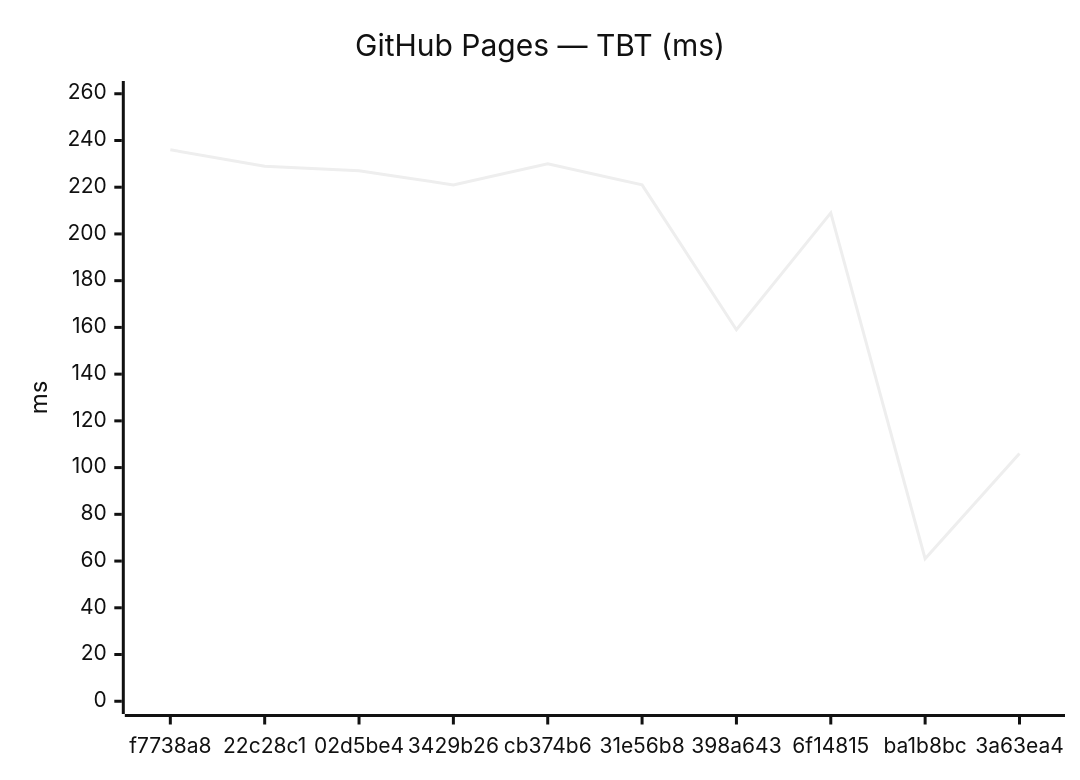
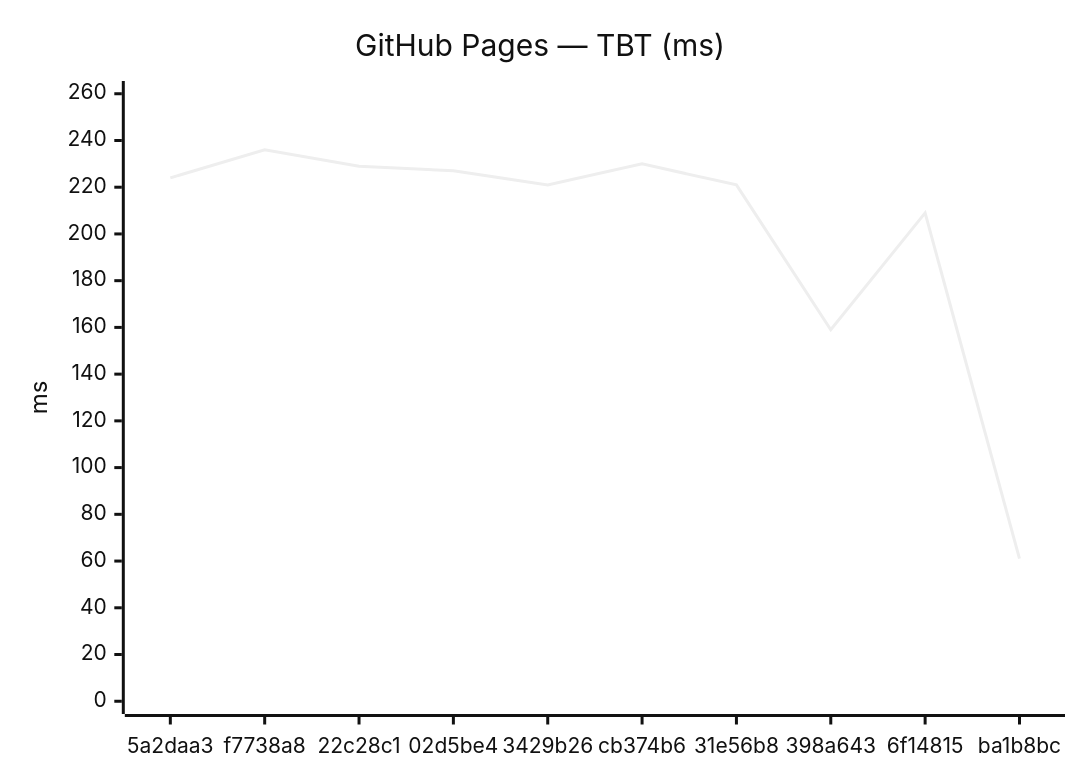
The fourth of 18 diagrams in benchmarks/compare.md (Metaheurist/Rianell), drawn with Mermaid (neutral theme) before and after one commit. The commit also changed other lines of this file and 11 other files, not shown here.

````diff
--- a/benchmarks/compare.md
+++ b/benchmarks/compare.md
@@ -61,7 +61,7 @@
 ```mermaid
 xychart-beta
     title "GitHub Pages — TBT (ms)"
-    x-axis ["f7738a8", "22c28c1", "02d5be4", "3429b26", "cb374b6", "31e56b8", "398a643", "6f14815", "ba1b8bc", "3a63ea4"]
+    x-axis ["5a2daa3", "f7738a8", "22c28c1", "02d5be4", "3429b26", "cb374b6", "31e56b8", "398a643", "6f14815", "ba1b8bc"]
     y-axis "ms" 0 --> 260
-    line [236, 229, 227, 221, 230, 221, 159, 209, 61, 106]
+    line [224, 236, 229, 227, 221, 230, 221, 159, 209, 61]
 ```
````
